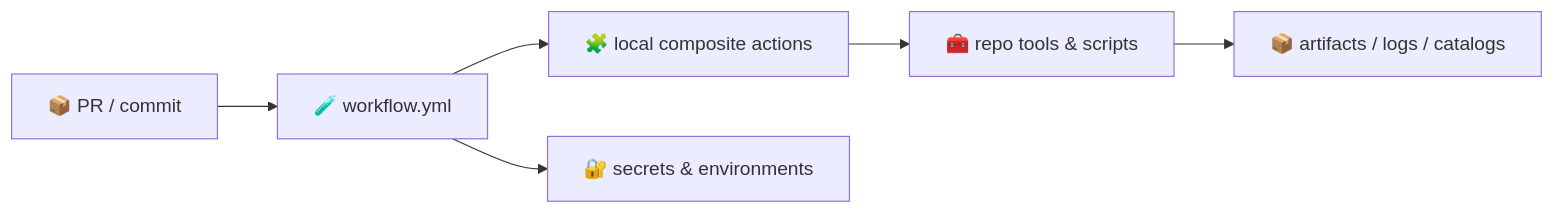
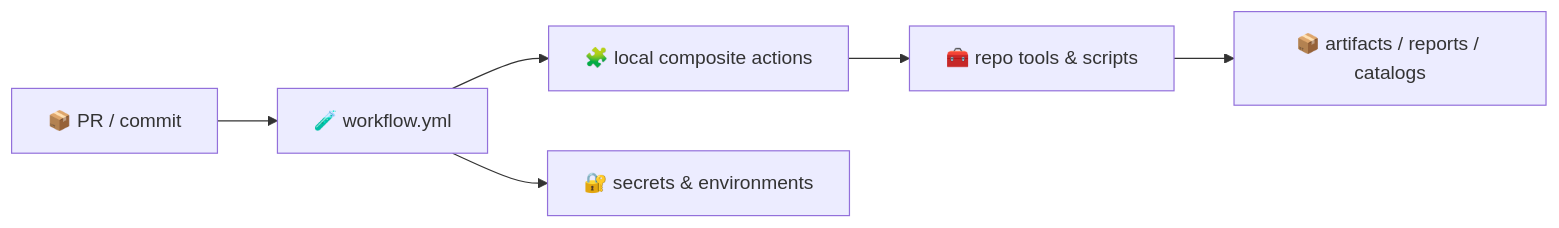
One commit to bartytime4life/Kansas-Frontier-Matrix changed the diagram in .github/actions/README.md. Above: the diagram before and after it, drawn with Mermaid. The commit also changed other lines of this file, not shown here.

````diff
--- a/.github/actions/README.md
+++ b/.github/actions/README.md
@@ -90,8 +105,8 @@
 ```mermaid
 flowchart LR
   PR[📦 PR / commit] --> WF[🧪 workflow.yml]
   WF --> ACT[🧩 local composite actions]
   ACT --> TOOLS[🧰 repo tools & scripts]
-  TOOLS --> OUT[📦 artifacts / logs / catalogs]
-  WF --> SEC[🔐 secrets & environments]
+  TOOLS --> OUT[📦 artifacts / reports / catalogs]
+  WF --> ENV[🔐 secrets & environments]
 ```
````
